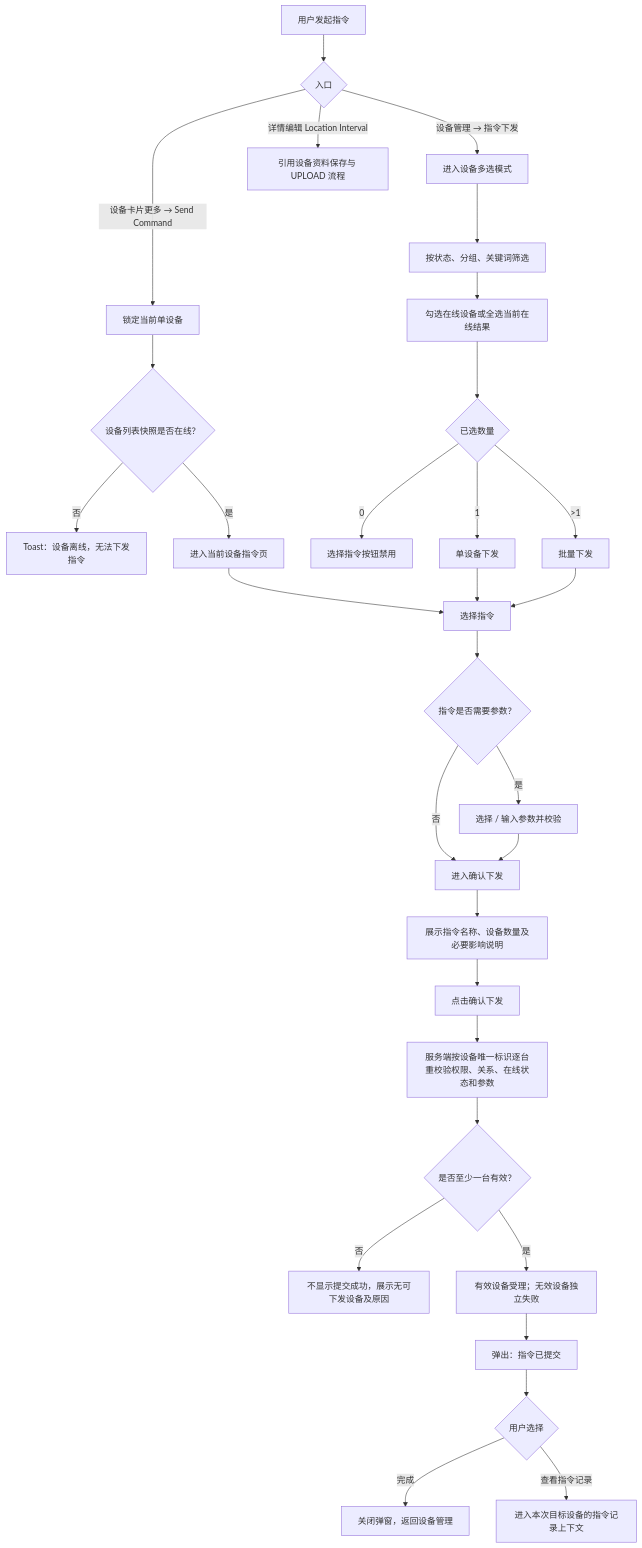
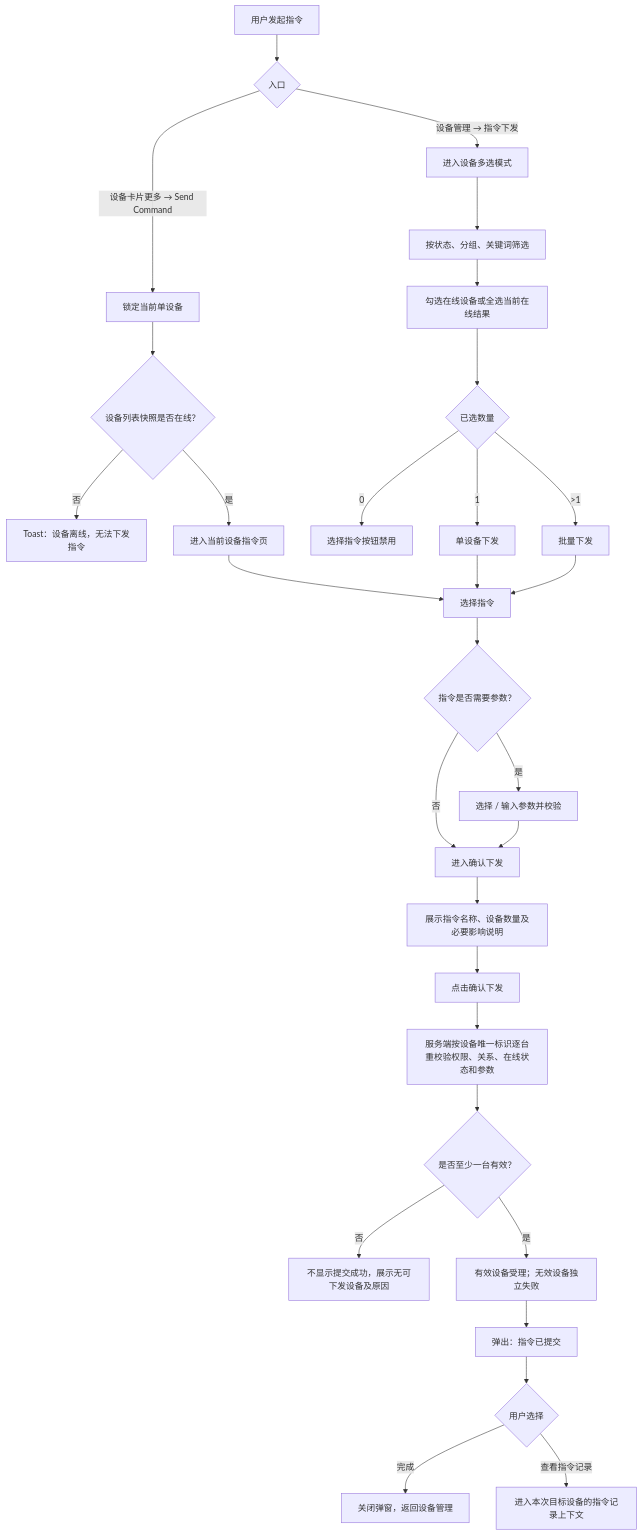
The diagram in docs/manuals/革泰/逻辑大纲/革泰 APP 指令单设备与批量下发逻辑点梳理 plan.md (CuMgNa/skills), drawn with Mermaid before and after one commit. The commit also changed other lines of this file and 36 other files, not shown here.

````diff
--- a/docs/manuals/革泰/逻辑大纲/革泰 APP 指令单设备与批量下发逻辑点梳理 plan.md
+++ b/docs/manuals/革泰/逻辑大纲/革泰 APP 指令单设备与批量下发逻辑点梳理 plan.md
@@ -122,36 +122,35 @@
 ```mermaid
 flowchart TD
     A["用户发起指令"] --> B{"入口"}
     B -->|"设备卡片更多 → Send Command"| C["锁定当前单设备"]
     B -->|"设备管理 → 指令下发"| D["进入设备多选模式"]
-    B -->|"详情编辑 Location Interval"| E["引用设备资料保存与 UPLOAD 流程"]
 
     C --> C1{"设备列表快照是否在线？"}
     C1 -->|"否"| C2["Toast：设备离线，无法下发指令"]
     C1 -->|"是"| F["进入当前设备指令页"]
 
     D --> D1["按状态、分组、关键词筛选"]
     D1 --> D2["勾选在线设备或全选当前在线结果"]
     D2 --> D3{"已选数量"}
     D3 -->|"0"| D4["选择指令按钮禁用"]
     D3 -->|"1"| G["单设备下发"]
     D3 -->|">1"| H["批量下发"]
 
     F --> I["选择指令"]
     G --> I
     H --> I
     I --> J{"指令是否需要参数？"}
     J -->|"是"| K["选择 / 输入参数并校验"]
     J -->|"否"| L["进入确认下发"]
     K --> L
     L --> M["展示指令名称、设备数量及必要影响说明"]
     M --> N["点击确认下发"]
     N --> O["服务端按设备唯一标识逐台重校验权限、关系、在线状态和参数"]
     O --> P{"是否至少一台有效？"}
     P -->|"否"| Q["不显示提交成功，展示无可下发设备及原因"]
     P -->|"是"| R["有效设备受理；无效设备独立失败"]
     R --> S["弹出：指令已提交"]
     S --> T{"用户选择"}
     T -->|"完成"| U["关闭弹窗，返回设备管理"]
     T -->|"查看指令记录"| V["进入本次目标设备的指令记录上下文"]
 ```
````
